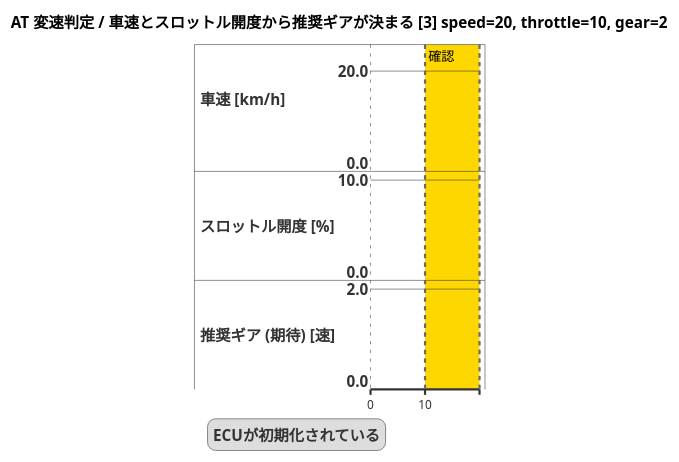
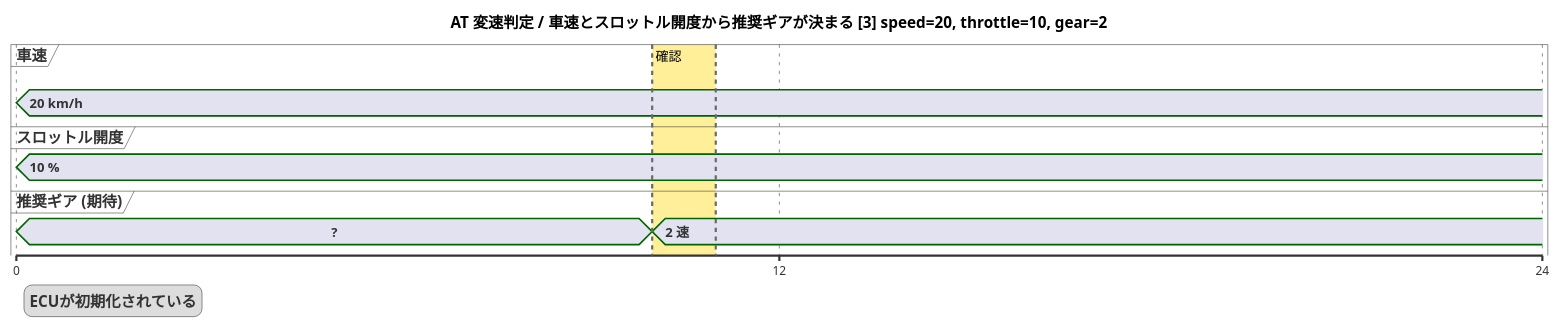
One commit to YitKubo/poc_bdd changed the diagram in charts/at_shift/車速とスロットル開度から推奨ギアが決まる_03.puml. Above: the diagram before and after it, drawn with PlantUML. The commit also changed 89 other files, not shown here.

```diff
--- a/charts/at_shift/車速とスロットル開度から推奨ギアが決まる_03.puml
+++ b/charts/at_shift/車速とスロットル開度から推奨ギアが決まる_03.puml
@@ -1,19 +1,20 @@
 @startuml
 skinparam defaultFontName IPAGothic
 title AT 変速判定 / 車速とスロットル開度から推奨ギアが決まる [3] speed=20, throttle=10, gear=2
+scale 12 as 700 pixels
 legend left
   ECUが初期化されている
 endlegend
-analog "車速 [km/h]" between 0 and 20 as s0
-analog "スロットル開度 [%]" between 0 and 10 as s1
-analog "推奨ギア (期待) [速]" between 0 and 2 as s2
+concise "車速" as s0
+concise "スロットル開度" as s1
+concise "推奨ギア (期待)" as s2
 
 @0
-s0 is 20
-s1 is 10
+s0 is "20 km/h"
+s1 is "10 %"
+s2 is "?"
 @10
-s0 is 20
-s1 is 10
-s2 is 2
-highlight 10 to 20 #Gold;line:DimGrey : 確認
+s2 is "2 速"
+@12
+highlight 10 to 11 #FFD70066;line:DimGrey : 確認
 @enduml
```
